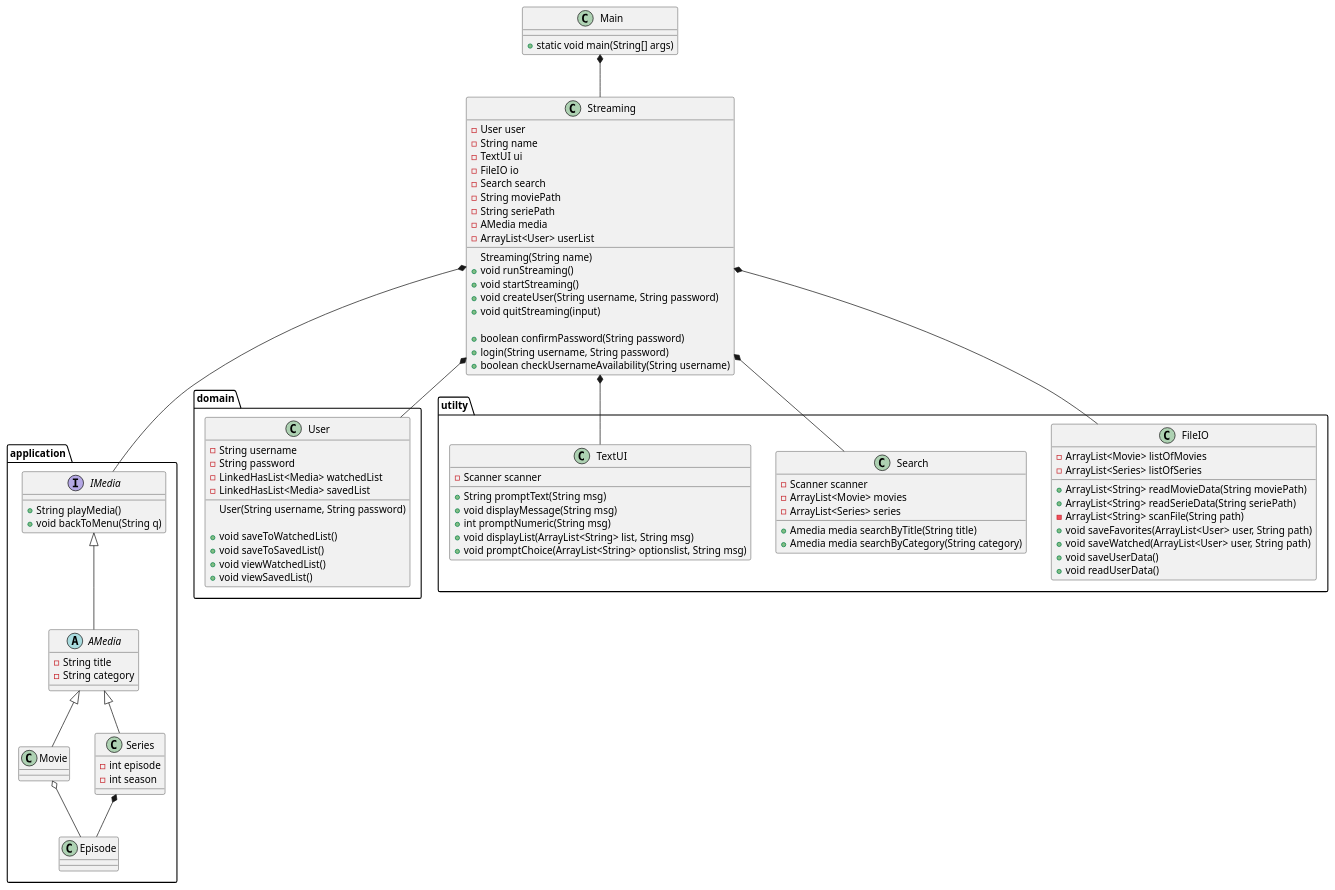
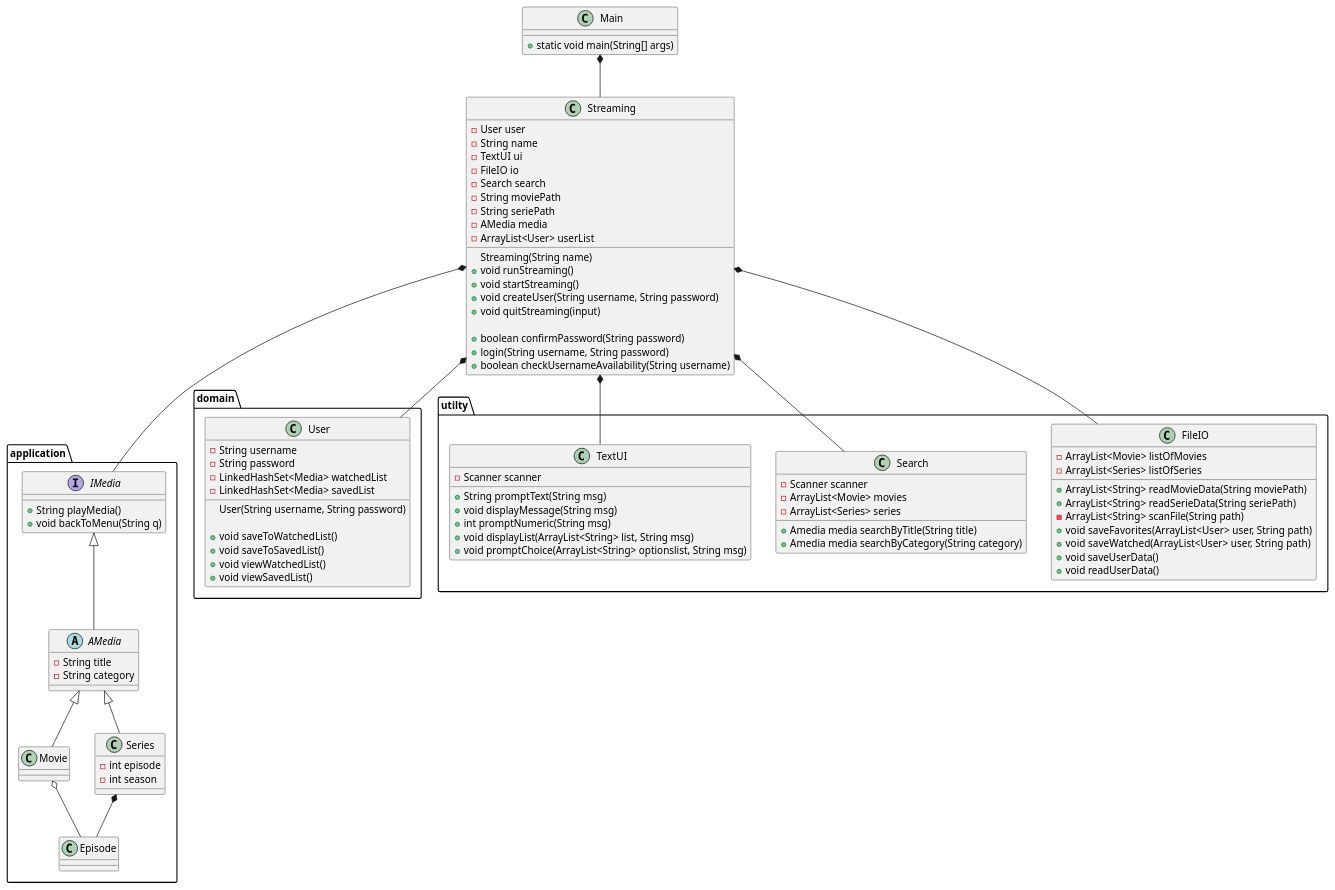
Before and after one commit to mrPrimeBeef/Sem1-Project-MovieStream: the diagram in Doc/Static/ClassDiagramv1.puml, drawn with PlantUML. The commit also changed 2 other files, not shown here.

```diff
--- a/Doc/Static/ClassDiagramv1.puml
+++ b/Doc/Static/ClassDiagramv1.puml
@@ -1,124 +1,124 @@
 @startuml
 
 class Main {
 + static void main(String[] args)
 }
 package application{
 interface IMedia {
 + String playMedia()
 + void backToMenu(String q)
 '+ pauseMedia()
 }
 
 abstract AMedia {
 - String title
 - String category
 
 }
 
 class Movie {
 
 }
 
 
 class Series {
 - int episode
 - int season
 }
 class Episode{
 
 }
 }
 
 package domain{
 class User {
 - String username
 - String password
-- LinkedHasList<Media> watchedList
-- LinkedHasList<Media> savedList
+- LinkedHashSet<Media> watchedList
+- LinkedHashSet<Media> savedList
 User(String username, String password)
 
 + void saveToWatchedList()
 + void saveToSavedList()
 + void viewWatchedList()
 + void viewSavedList()
 }
 }
 
 class Streaming {
 - User user
 - String name
 - TextUI ui
 - FileIO io
 - Search search
 - String moviePath
 - String seriePath
 - AMedia media
 - ArrayList<User> userList
 Streaming(String name)
 + void runStreaming()
 + void startStreaming()
 + void createUser(String username, String password)
 + void quitStreaming(input)
 
 + boolean confirmPassword(String password)
 + login(String username, String password)
 + boolean checkUsernameAvailability(String username)
 }
 
 
 package utilty{
 class FileIO {
 - ArrayList<Movie> listOfMovies
 - ArrayList<Series> listOfSeries
 + ArrayList<String> readMovieData(String moviePath)
 + ArrayList<String> readSerieData(String seriePath)
 - ArrayList<String> scanFile(String path)
 + void saveFavorites(ArrayList<User> user, String path)
 + void saveWatched(ArrayList<User> user, String path)
 + void saveUserData()
 + void readUserData()
 }
 
 class Search {
 - Scanner scanner
 - ArrayList<Movie> movies
 - ArrayList<Series> series
 + Amedia media searchByTitle(String title)
 + Amedia media searchByCategory(String category)
 
 }
 class TextUI {
 - Scanner scanner
 + String promptText(String msg)
 + void displayMessage(String msg)
 + int promptNumeric(String msg)
 + void displayList(ArrayList<String> list, String msg)
 + void promptChoice(ArrayList<String> optionslist, String msg)
 }
 }
 
 
 Main *-- Streaming
 Streaming *-- IMedia
 Streaming *-- User
 Streaming *-- Search
 Streaming *-- TextUI
 IMedia <|-- AMedia
 Streaming *-- FileIO
 AMedia <|-- Movie
 AMedia  <|-- Series
 Series *-- Episode
 Movie o-- Episode
 
 'https://devhints.io/plantuml
 'Car <|-- SmallCar      # extension
 'Car *-- Engine         # composition
 'Cars o-- Car           # aggregation
 'Car <|.. SmallCar      # dotted line (use .. instead of --)
 'Car <|--* Car
 
 '-left->
 '-right->
 
 @enduml
```
